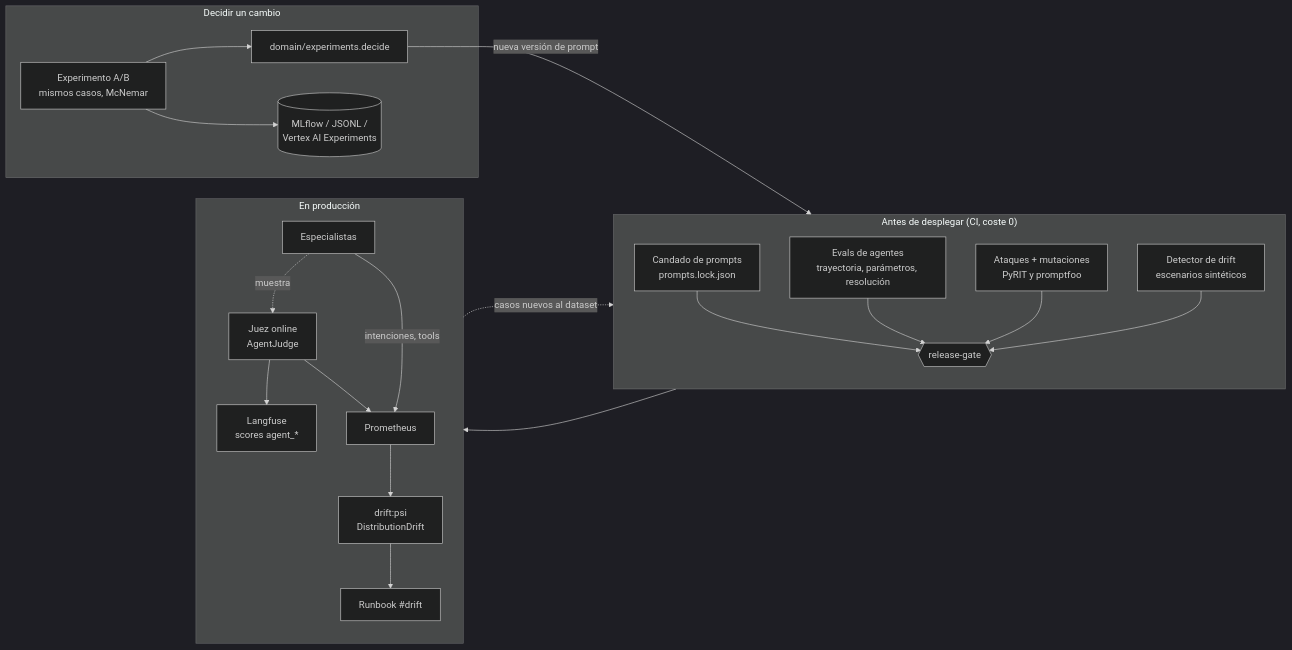
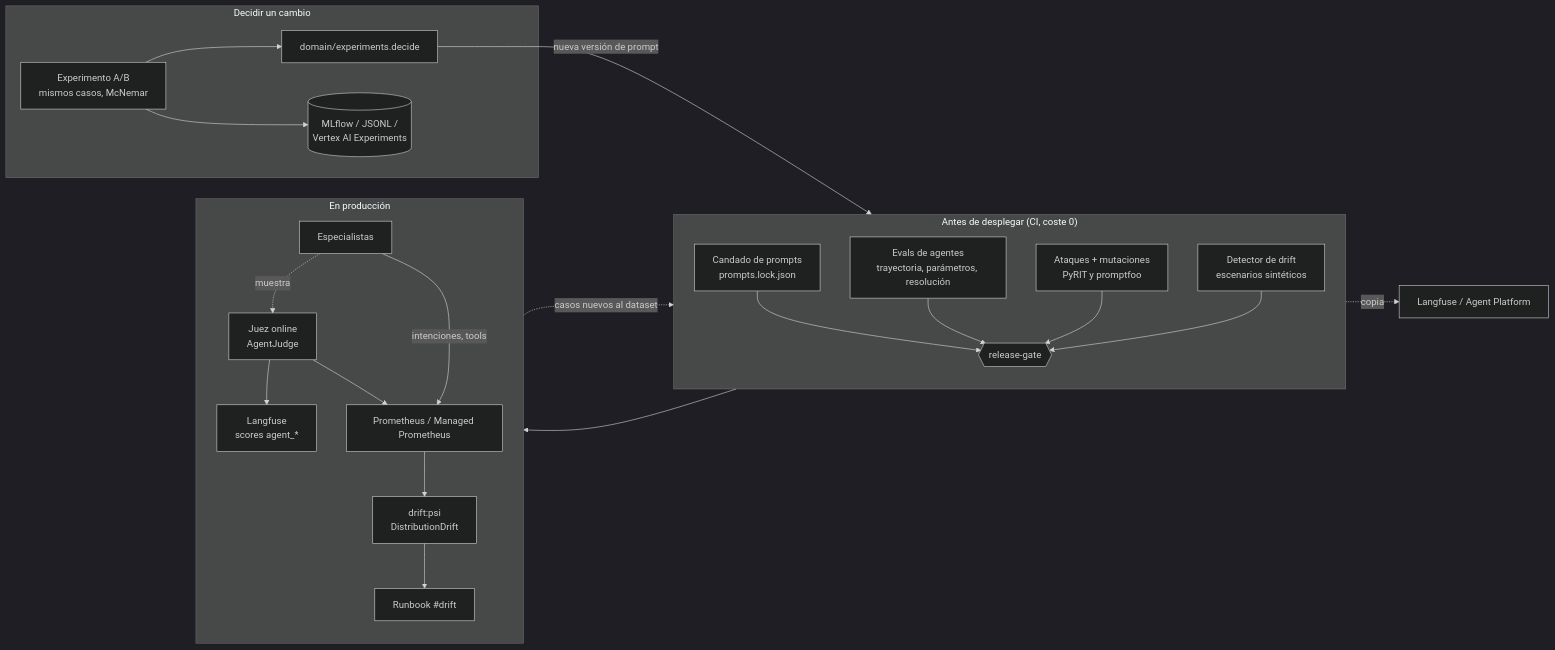
Before and after one commit to SergioVelmay/GenAI_PoCs: the first of 2 diagrams in docs/fase-12-evals-llmops.md, drawn with Mermaid (dark theme). The commit also changed other lines of this file and 23 other files, not shown here.

````diff
--- a/docs/fase-12-evals-llmops.md
+++ b/docs/fase-12-evals-llmops.md
@@ -21,29 +22,30 @@
 ```mermaid
 flowchart LR
   subgraph PRE["Antes de desplegar (CI, coste 0)"]
     direction TB
     LOCK["Candado de prompts<br/>prompts.lock.json"]
     TRAJ["Evals de agentes<br/>trayectoria, parámetros, resolución"]
     ATK["Ataques + mutaciones<br/>PyRIT y promptfoo"]
     DET["Detector de drift<br/>escenarios sintéticos"]
     LOCK & TRAJ & ATK & DET --> GATE{{"release-gate"}}
   end
 
   subgraph EXP["Decidir un cambio"]
     AB["Experimento A/B<br/>mismos casos, McNemar"] --> DEC["domain/experiments.decide"]
     AB --> TRK[("MLflow / JSONL /<br/>Vertex AI Experiments")]
   end
 
   subgraph PROD["En producción"]
     direction TB
     AG["Especialistas"] -.->|"muestra"| JUDGE["Juez online<br/>AgentJudge"]
     JUDGE --> LF["Langfuse<br/>scores agent_*"]
-    JUDGE --> PM["Prometheus"]
+    JUDGE --> PM["Prometheus / Managed Prometheus"]
     AG -->|"intenciones, tools"| PM
     PM --> PSI["drift:psi<br/>DistributionDrift"] --> RB["Runbook #drift"]
   end
 
   GATE --> PROD
   DEC -->|"nueva versión de prompt"| LOCK
+  LOCK -.->|"copia"| PS["Langfuse / Agent Platform"]
   PSI -.->|"casos nuevos al dataset"| TRAJ
 ```
````
